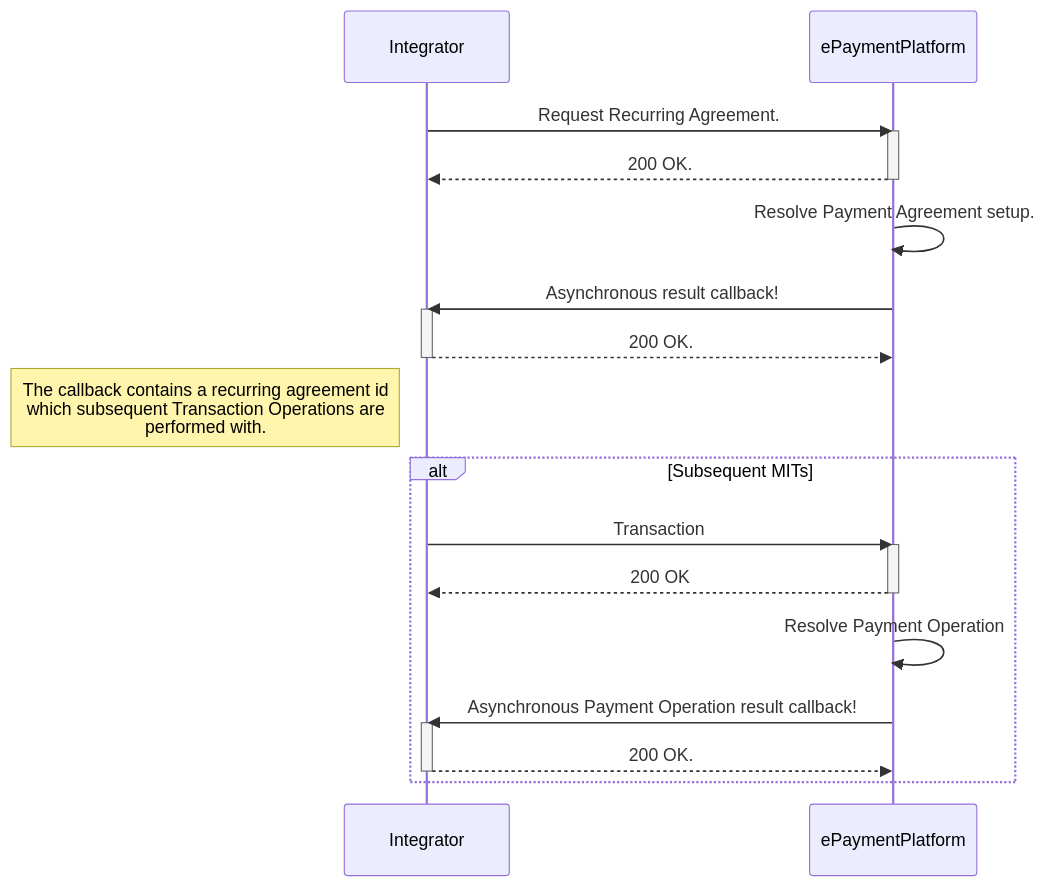
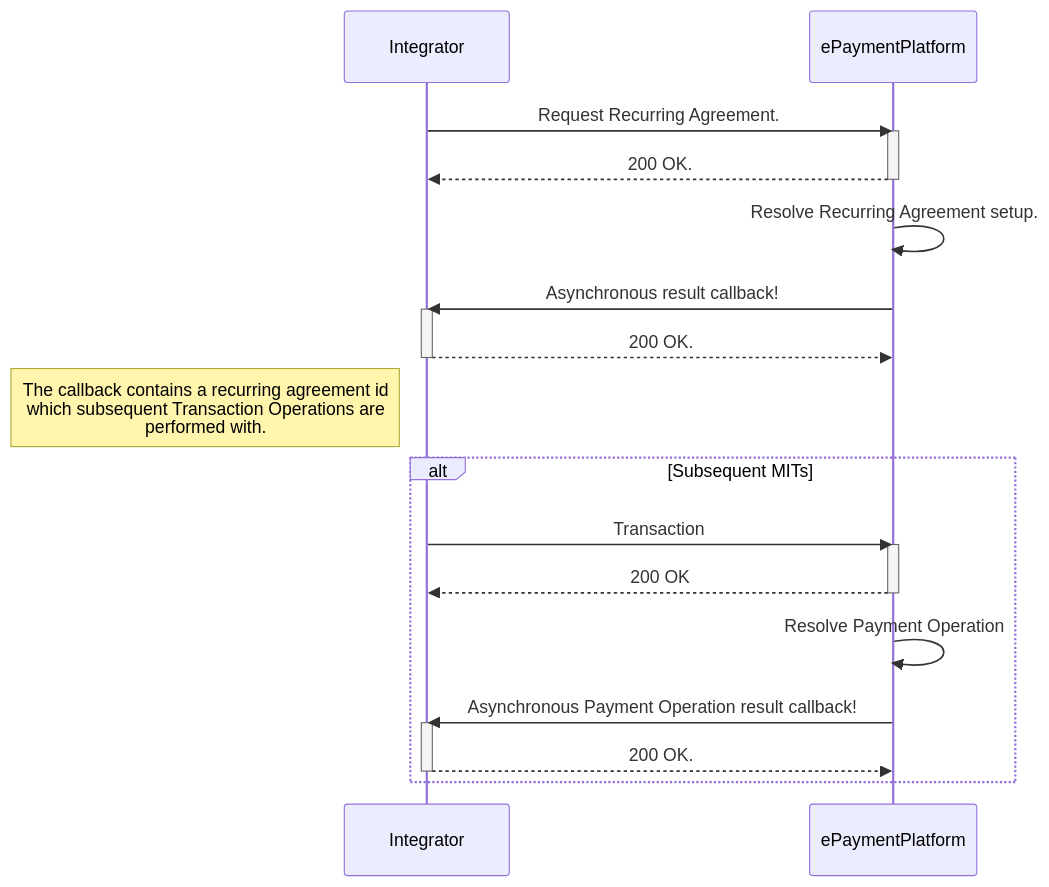
Before and after one commit to BankAxept/bankaxept-epayment-development-kit: the diagram in docs/recurring_payments.md, drawn with Mermaid. The commit also changed other lines of this file, not shown here.

Commit message:
Aligned to recurring agreement only terminology

````diff
--- a/docs/recurring_payments.md
+++ b/docs/recurring_payments.md
@@ -66,28 +66,28 @@
 ```mermaid
 sequenceDiagram
     participant Integrator
     participant ePaymentPlatform
     Integrator ->> ePaymentPlatform: Request Recurring Agreement.
     activate ePaymentPlatform
     ePaymentPlatform -->> Integrator: 200 OK.
     deactivate ePaymentPlatform
-    ePaymentPlatform ->> ePaymentPlatform: Resolve Payment Agreement setup.
+    ePaymentPlatform ->> ePaymentPlatform: Resolve Recurring Agreement setup.
     ePaymentPlatform ->> Integrator: Asynchronous result callback!
     activate Integrator
     Integrator -->> ePaymentPlatform: 200 OK.
     deactivate Integrator
     note left of Integrator: The callback contains a recurring agreement id <br/> which subsequent Transaction Operations are <br/> performed with.
 
     alt Subsequent MITs
         Integrator ->> ePaymentPlatform: Transaction
         activate ePaymentPlatform
         ePaymentPlatform -->> Integrator: 200 OK
         deactivate ePaymentPlatform
         ePaymentPlatform ->> ePaymentPlatform: Resolve Payment Operation
         ePaymentPlatform ->> Integrator: Asynchronous Payment Operation result callback!
         activate Integrator
         Integrator -->> ePaymentPlatform: 200 OK.
         deactivate Integrator
 
     end 
 ```
````
